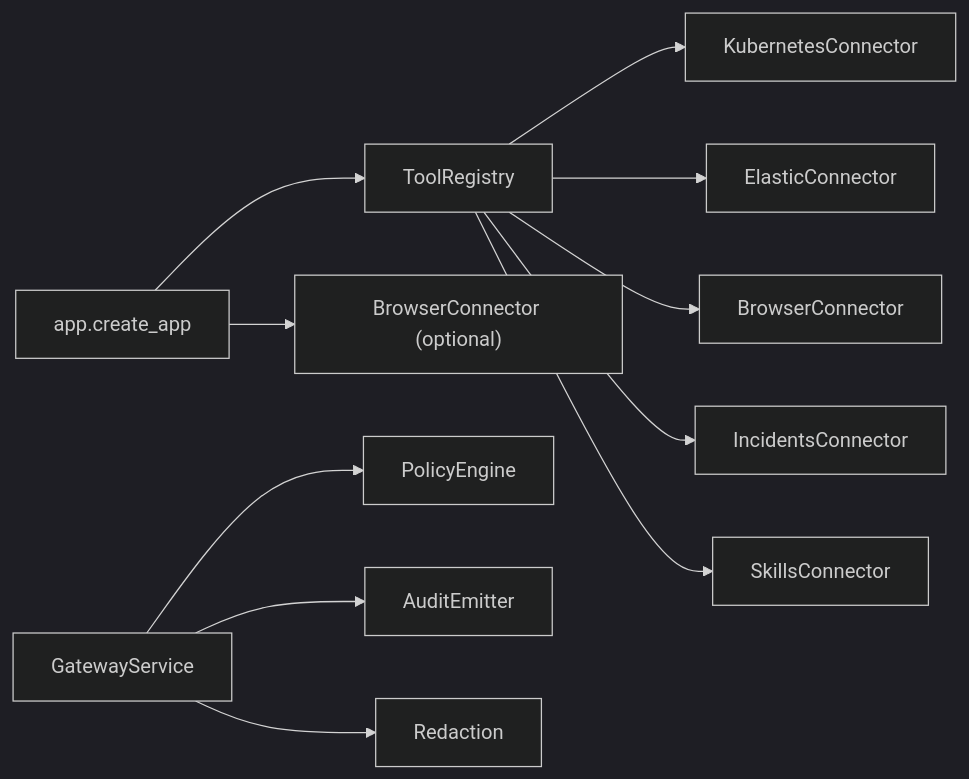
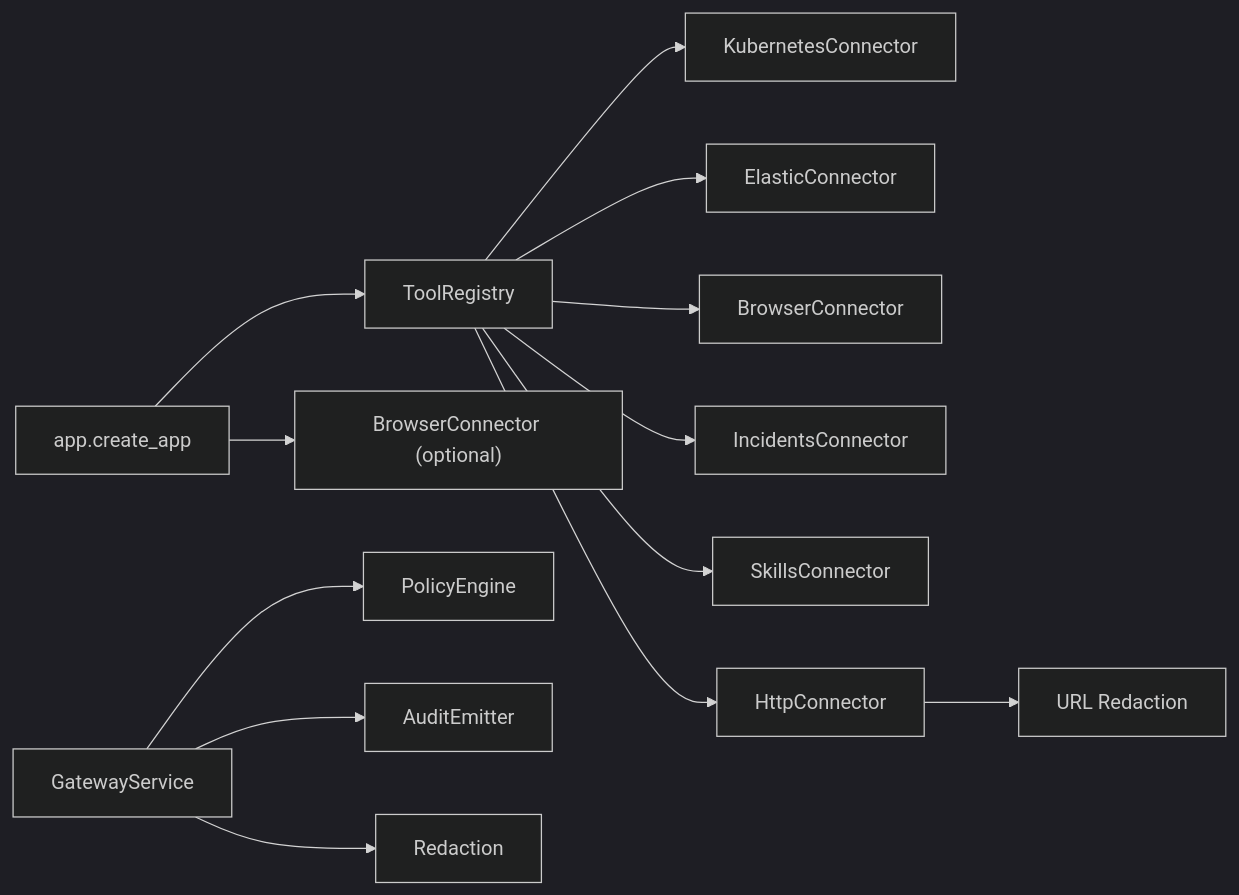
One commit to metasync/luban-aiops changed the tenth of 10 diagrams in .qoder/repowiki/en/content/Core Services/Tool Gateway/Tool Gateway.md. Above: the diagram before and after it, drawn with Mermaid (dark theme). The commit also changed other lines of this file and 102 other files, not shown here.

````diff
--- a/.qoder/repowiki/en/content/Core Services/Tool Gateway/Tool Gateway.md
+++ b/.qoder/repowiki/en/content/Core Services/Tool Gateway/Tool Gateway.md
@@ -350,13 +468,15 @@
 ```mermaid
 graph LR
 App["app.create_app"] --> Reg["ToolRegistry"]
 App --> Browser["BrowserConnector (optional)"]
 Reg --> K8s["KubernetesConnector"]
 Reg --> ES["ElasticConnector"]
 Reg --> Br["BrowserConnector"]
 Reg --> Inc["IncidentsConnector"]
 Reg --> Sk["SkillsConnector"]
+Reg --> Http["HttpConnector"]
+Http --> UrlRedact["URL Redaction"]
 GS["GatewayService"] --> PE["PolicyEngine"]
 GS --> AE["AuditEmitter"]
 GS --> RD["Redaction"]
 ```
````
